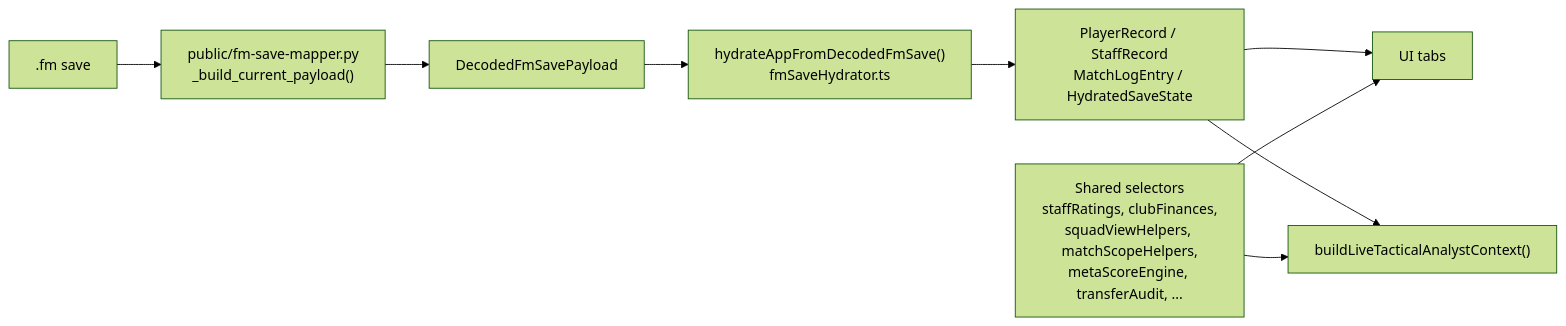
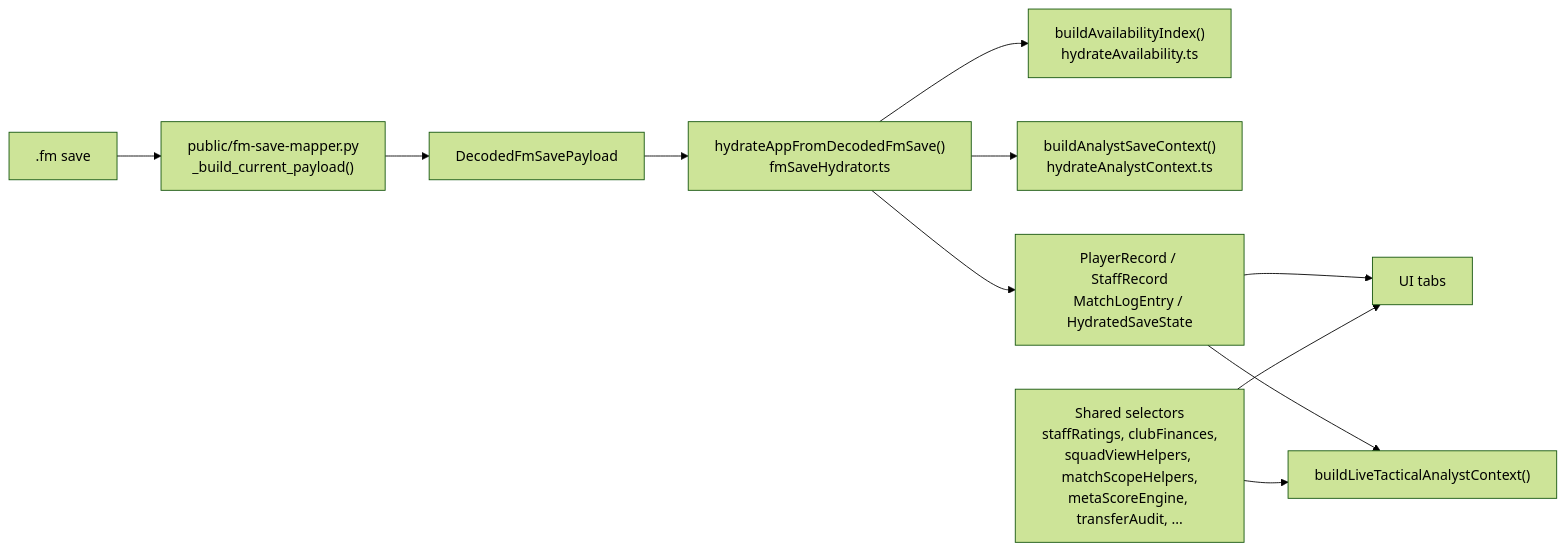
Before and after one commit to bd94fd/fm27-command-hub: the diagram in docs/data-parity-contract-map.md, drawn with Mermaid (forest theme). The commit also changed other lines of this file and 8 other files, not shown here.

First line of the commit message:
refactor(R40): split the save hydrator availability index and analyst briefing (#121)

````diff
--- a/docs/data-parity-contract-map.md
+++ b/docs/data-parity-contract-map.md
@@ -11,11 +11,13 @@
 ```mermaid
 flowchart LR
   A[".fm save"] --> B["public/fm-save-mapper.py<br/>_build_current_payload()"]
   B --> C["DecodedFmSavePayload"]
   C --> D["hydrateAppFromDecodedFmSave()<br/>fmSaveHydrator.ts"]
+  D --> D1["buildAvailabilityIndex()<br/>hydrateAvailability.ts"]
+  D --> D2["buildAnalystSaveContext()<br/>hydrateAnalystContext.ts"]
   D --> E["PlayerRecord / StaffRecord<br/>MatchLogEntry / HydratedSaveState"]
   E --> F["UI tabs"]
   E --> G["buildLiveTacticalAnalystContext()"]
   H["Shared selectors<br/>staffRatings, clubFinances,<br/>squadViewHelpers, matchScopeHelpers,<br/>metaScoreEngine, transferAudit, ..."] --> F
   H --> G
 ```
````
